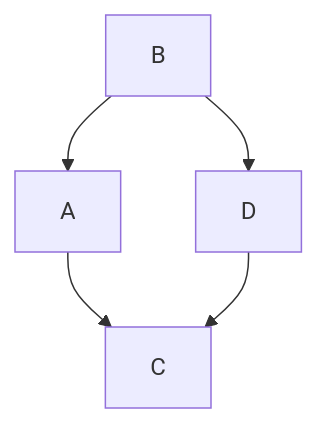
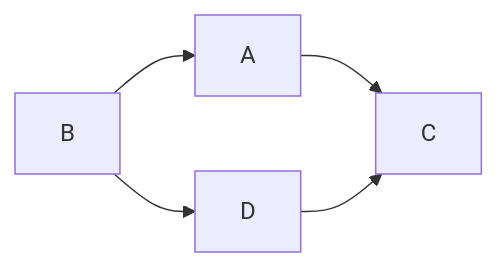
One commit to Ramzgate/node_setup changed the second of 2 diagrams in ubuntu_os.md. Above: the diagram before and after it, drawn with Mermaid. The commit also changed other lines of this file, not shown here.

````diff
--- a/ubuntu_os.md
+++ b/ubuntu_os.md
@@ -68,7 +74,7 @@
 ```mermaid
-graph TD;
+graph LR;
     B-->A;
     A-->C;
     B-->D;
     D-->C;
 ```
````
